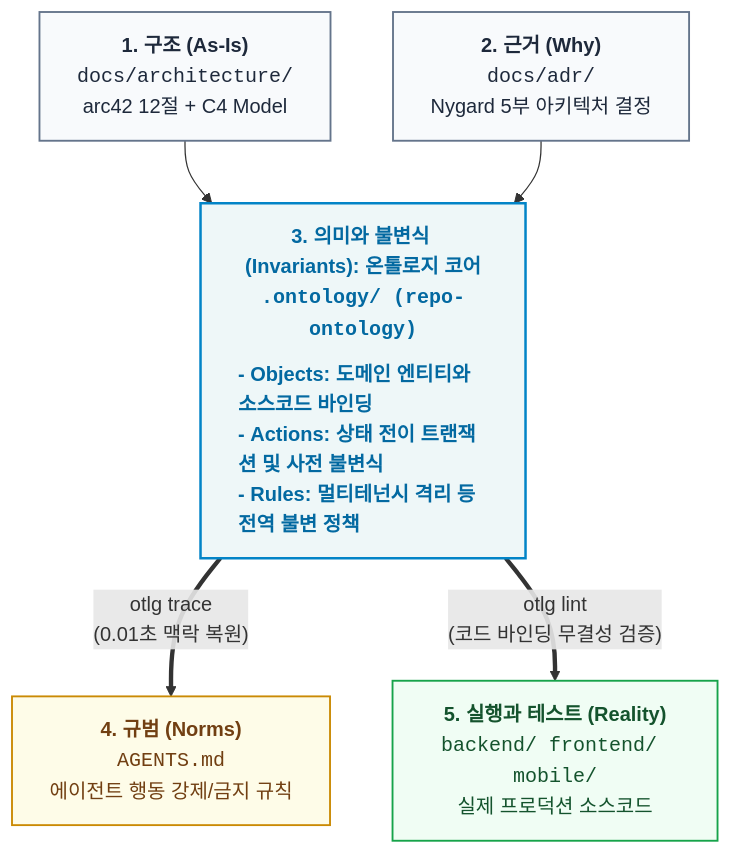
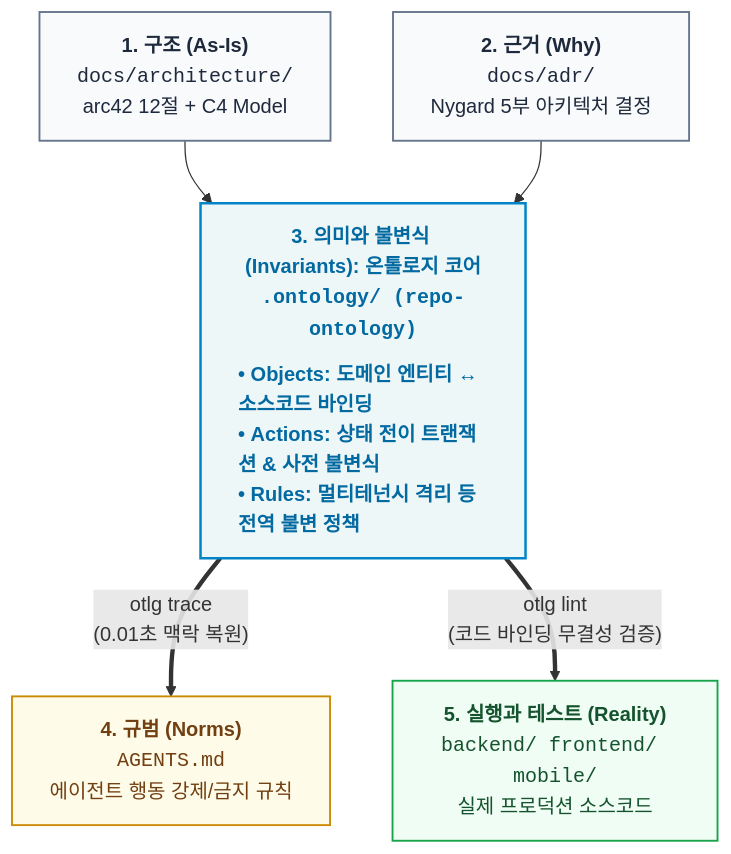
The third of 3 diagrams in _posts/tech/ai-agent-architecture/6 에이전트가 기억상실증입니다만, 문제라도?.md (tomato-vault/tomato-vault.github.io), drawn with Mermaid before and after one commit. The commit also changed 19 other files, not shown here.

First line of the commit message:
Refactor ontology engineering documentation with enhanced diagrams and clarity

````diff
--- a/_posts/tech/ai-agent-architecture/6 에이전트가 기억상실증입니다만, 문제라도?.md
+++ b/_posts/tech/ai-agent-architecture/6 에이전트가 기억상실증입니다만, 문제라도?.md
@@ -124,18 +124,18 @@
 ```mermaid
 flowchart TD
     classDef ont fill:#eef7f8,stroke:#0284c7,stroke-width:2px,color:#0369a1,font-weight:bold
     classDef doc fill:#f8fafc,stroke:#64748b,stroke-width:1.5px,color:#1e293b
     classDef exec fill:#f0fdf4,stroke:#16a34a,stroke-width:1.5px,color:#14532d
     classDef norm fill:#fefce8,stroke:#ca8a04,stroke-width:1.5px,color:#713f12
 
     G1["<b>1. 구조 (As-Is)</b><br/><code>docs/architecture/</code><br/>arc42 12절 + C4 Model"]:::doc
     G2["<b>2. 근거 (Why)</b><br/><code>docs/adr/</code><br/>Nygard 5부 아키텍처 결정"]:::doc
 
     G1 --> G3
     G2 --> G3
 
-    G3["<b>3. 의미와 불변식 (Invariants): 온톨로지 코어</b><br/><code>.ontology/ (repo-ontology)</code><hr style='margin:6px 0; border:none; border-top:1px solid #38bdf8;'/><div style='text-align:left; line-height:1.5;'>- <b>Objects</b>: 도메인 엔티티와 소스코드 바인딩<br/>- <b>Actions</b>: 상태 전이 트랜잭션 및 사전 불변식<br/>- <b>Rules</b>: 멀티테넌시 격리 등 전역 불변 정책</div>"]:::ont
+    G3["<b>3. 의미와 불변식 (Invariants): 온톨로지 코어</b><br/><code>.ontology/ (repo-ontology)</code><hr style='margin:6px 0; border:none; border-top:1px solid #38bdf8;'/><div style='text-align:left; line-height:1.5;'>• <b>Objects</b>: 도메인 엔티티 ↔ 소스코드 바인딩<br/>• <b>Actions</b>: 상태 전이 트랜잭션 & 사전 불변식<br/>• <b>Rules</b>: 멀티테넌시 격리 등 전역 불변 정책</div>"]:::ont
 
     G3 ==>|"otlg trace<br/>(0.01초 맥락 복원)"| G4["<b>4. 규범 (Norms)</b><br/><code>AGENTS.md</code><br/>에이전트 행동 강제/금지 규칙"]:::norm
     G3 ==>|"otlg lint<br/>(코드 바인딩 무결성 검증)"| G5["<b>5. 실행과 테스트 (Reality)</b><br/><code>backend/ frontend/ mobile/</code><br/>실제 프로덕션 소스코드"]:::exec
 ```
````
